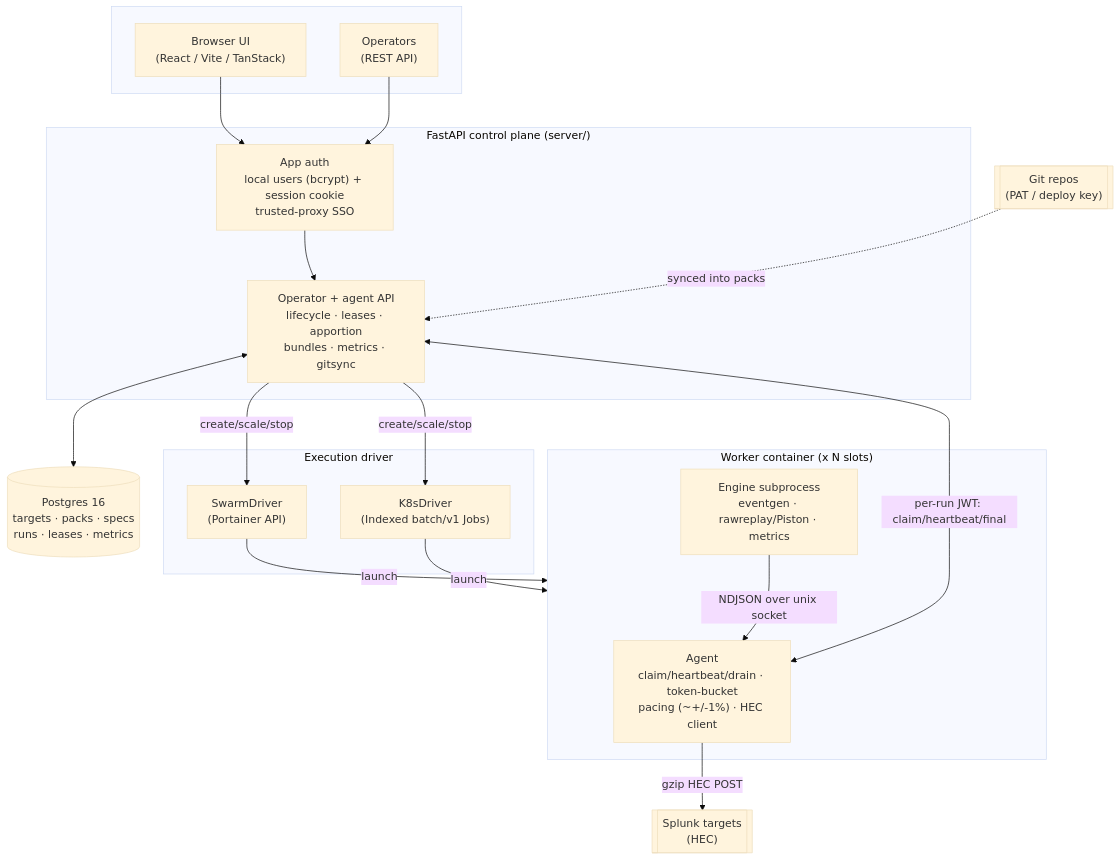
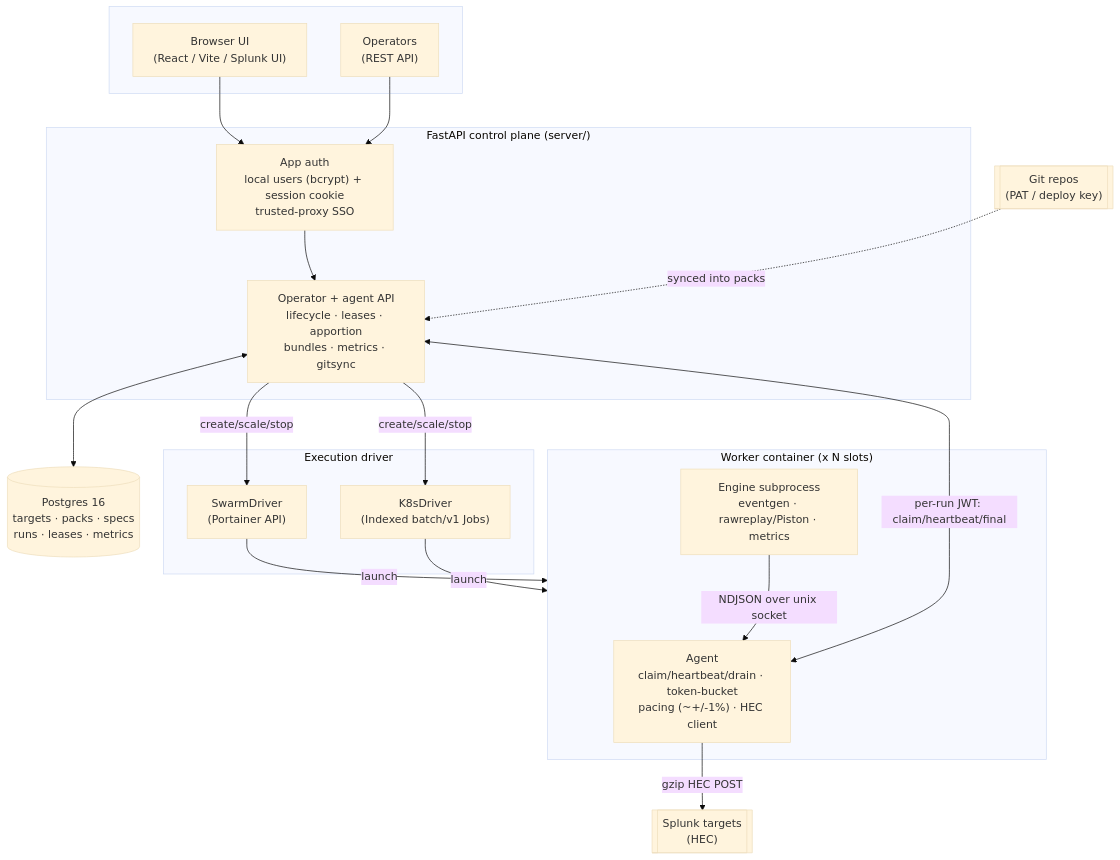
Before and after one commit to livehybrid/stoker: the first of 3 diagrams in README.md, drawn with Mermaid (base theme). The commit also changed other lines of this file and 70 other files, not shown here.

````diff
--- a/README.md
+++ b/README.md
@@ -9,40 +9,40 @@
 ```mermaid
 flowchart TB
     subgraph clients[" "]
-        UI["Browser UI<br/>(React / Vite / TanStack)"]
+        UI["Browser UI<br/>(React / Vite / Splunk UI)"]
         OPS["Operators<br/>(REST API)"]
     end
 
     subgraph cp["FastAPI control plane (server/)"]
         API["Operator + agent API<br/>lifecycle · leases · apportion<br/>bundles · metrics · gitsync"]
         AUTH["App auth<br/>local users (bcrypt) + session cookie<br/>trusted-proxy SSO"]
     end
 
     PG[("Postgres 16<br/>targets · packs · specs<br/>runs · leases · metrics")]
     GIT[["Git repos<br/>(PAT / deploy key)"]]
 
     subgraph drivers["Execution driver"]
         SWARM["SwarmDriver<br/>(Portainer API)"]
         K8S["K8sDriver<br/>(Indexed batch/v1 Jobs)"]
     end
 
     subgraph worker["Worker container (x N slots)"]
         AGENT["Agent<br/>claim/heartbeat/drain · token-bucket<br/>pacing (~+/-1%) · HEC client"]
         ENG["Engine subprocess<br/>eventgen · rawreplay/Piston · metrics"]
     end
 
     SPLUNK[["Splunk targets<br/>(HEC)"]]
 
     UI --> AUTH
     OPS --> AUTH
     AUTH --> API
     API <--> PG
     GIT -. "synced into packs" .-> API
     API -->|create/scale/stop| SWARM
     API -->|create/scale/stop| K8S
     SWARM -->|launch| worker
     K8S -->|launch| worker
     ENG -->|"NDJSON over unix socket"| AGENT
     AGENT <-->|"per-run JWT: claim/heartbeat/final"| API
     AGENT -->|"gzip HEC POST"| SPLUNK
 ```
````
